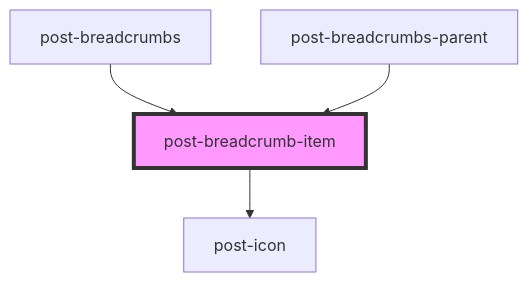
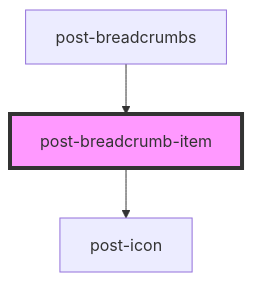
One commit to swisspost/design-system changed the diagram in packages/components/src/components/post-breadcrumb-item/readme.md. Above: the diagram before and after it, drawn with Mermaid. The commit also changed other lines of this file and 5 other files, not shown here.

````diff
--- a/packages/components/src/components/post-breadcrumb-item/readme.md
+++ b/packages/components/src/components/post-breadcrumb-item/readme.md
@@ -34,7 +33,6 @@
 ```mermaid
 graph TD;
   post-breadcrumb-item --> post-icon
   post-breadcrumbs --> post-breadcrumb-item
-  post-breadcrumbs-parent --> post-breadcrumb-item
   style post-breadcrumb-item fill:#f9f,stroke:#333,stroke-width:4px
 ```
````
